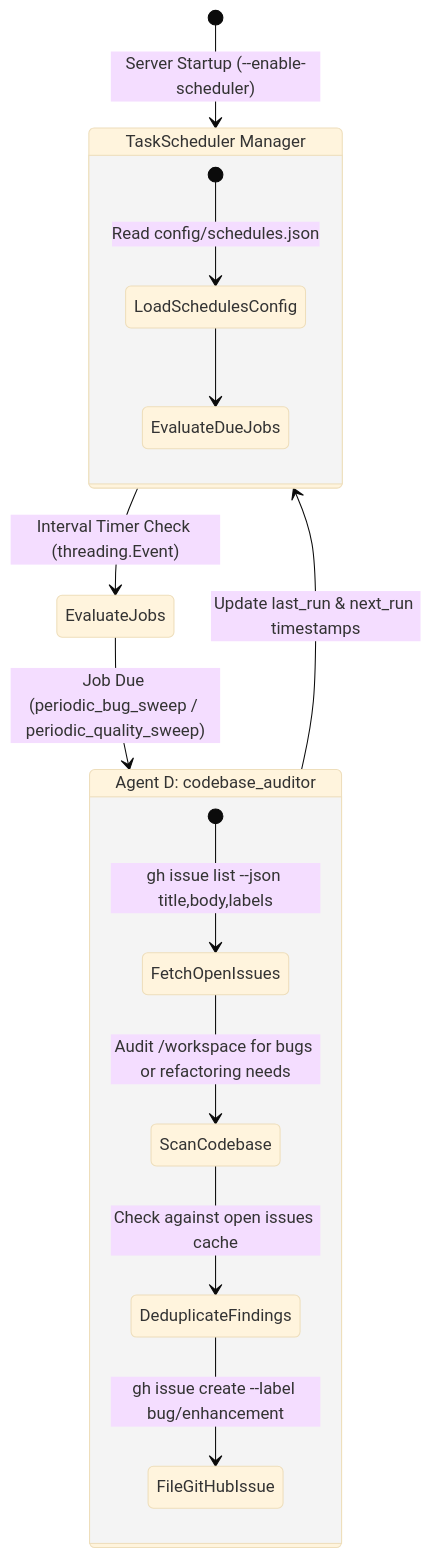
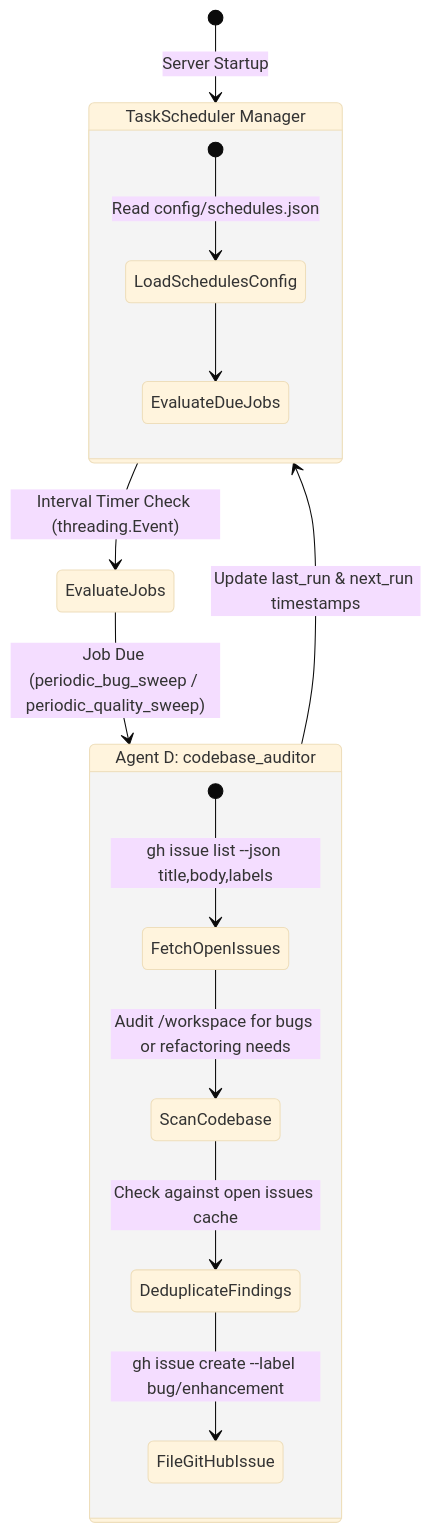
Before and after one commit to mweastwood/graviton: the second of 2 diagrams in docs/ARCHITECTURE.md, drawn with Mermaid (base theme). The commit also changed other lines of this file and 1 other file, not shown here.

Commit message:
docs: remove obsolete --enable-scheduler server startup flag references

````diff
--- a/docs/ARCHITECTURE.md
+++ b/docs/ARCHITECTURE.md
@@ -105,21 +105,21 @@
 ```mermaid
 stateDiagram-v2
-    [*] --> TaskSchedulerDaemon: Server Startup (--enable-scheduler)
+    [*] --> TaskSchedulerDaemon: Server Startup
     TaskSchedulerDaemon --> EvaluateJobs: Interval Timer Check (threading.Event)
 
     state "TaskScheduler Manager" as TaskSchedulerDaemon {
         [*] --> LoadSchedulesConfig: Read config/schedules.json
         LoadSchedulesConfig --> EvaluateDueJobs
     }
 
     EvaluateJobs --> AuditorAgent: Job Due (periodic_bug_sweep / periodic_quality_sweep)
 
     state "Agent D: codebase_auditor" as AuditorAgent {
         [*] --> FetchOpenIssues: gh issue list --json title,body,labels
         FetchOpenIssues --> ScanCodebase: Audit /workspace for bugs or refactoring needs
         ScanCodebase --> DeduplicateFindings: Check against open issues cache
         DeduplicateFindings --> FileGitHubIssue: gh issue create --label bug/enhancement
     }
 
     AuditorAgent --> TaskSchedulerDaemon: Update last_run & next_run timestamps
 ```
````
